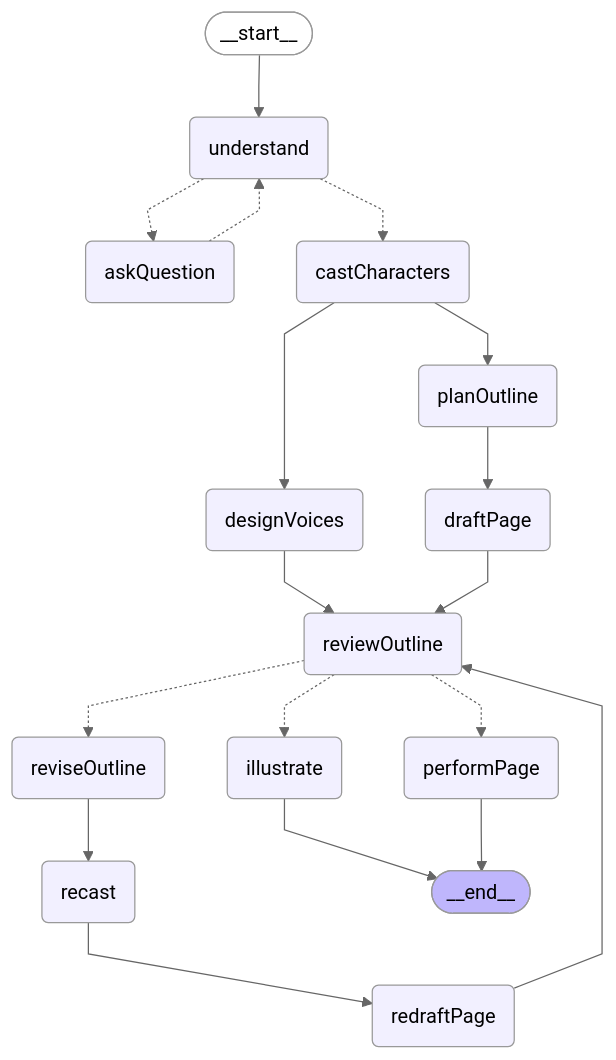
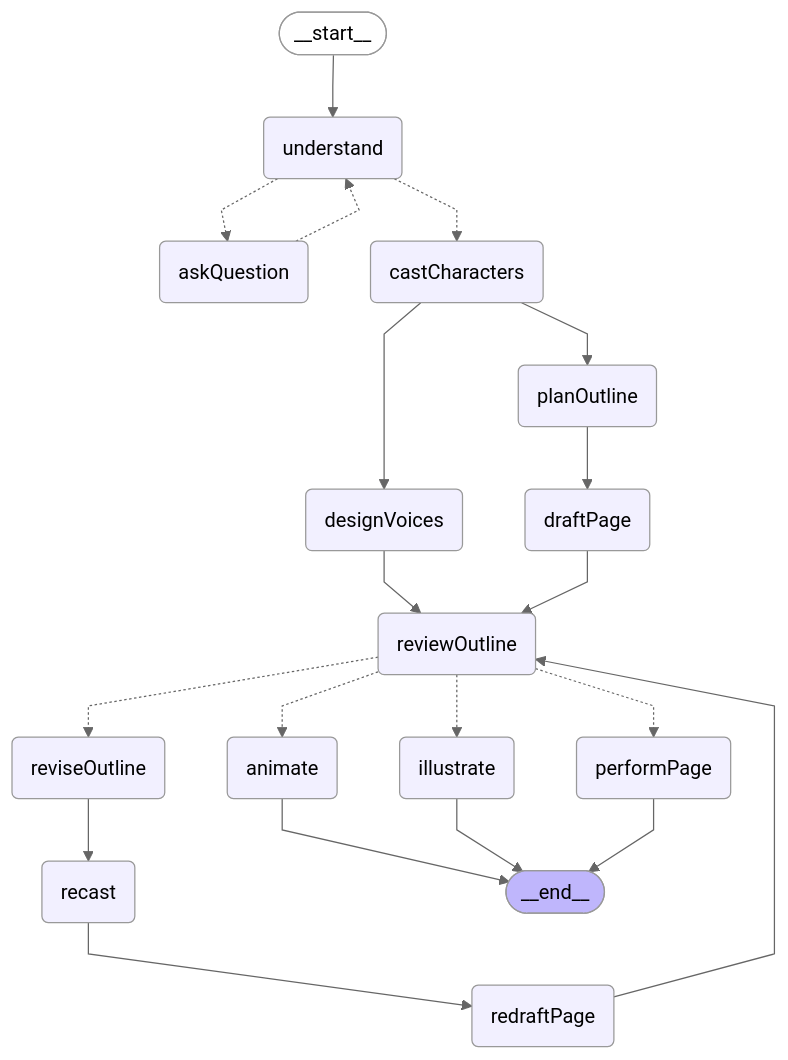
One commit to sattaman/giggle-stories changed the diagram in packages/app/dev/story-graph.mmd. Above: the diagram before and after it, drawn with Mermaid (neutral theme). The commit also changed 28 other files, not shown here.

```diff
--- a/packages/app/dev/story-graph.mmd
+++ b/packages/app/dev/story-graph.mmd
@@ -1,36 +1,39 @@
 %%{init: {'flowchart': {'curve': 'linear'}}}%%
 graph TD;
 	__start__([<p>__start__</p>]):::first
 	understand(understand)
 	askQuestion(askQuestion)
 	castCharacters(castCharacters)
 	designVoices(designVoices)
 	planOutline(planOutline)
 	draftPage(draftPage)
 	illustrate(illustrate)
+	animate(animate)
 	reviewOutline(reviewOutline)
 	reviseOutline(reviseOutline)
 	recast(recast)
 	redraftPage(redraftPage)
 	performPage(performPage)
 	__end__([<p>__end__</p>]):::last
 	__start__ --> understand;
+	animate --> __end__;
 	castCharacters --> designVoices;
 	castCharacters --> planOutline;
 	designVoices --> reviewOutline;
 	draftPage --> reviewOutline;
 	illustrate --> __end__;
 	performPage --> __end__;
 	planOutline --> draftPage;
 	recast --> redraftPage;
 	redraftPage --> reviewOutline;
 	reviseOutline --> recast;
 	understand -.-> castCharacters;
 	understand -.-> askQuestion;
 	askQuestion -.-> understand;
 	reviewOutline -.-> performPage;
 	reviewOutline -.-> illustrate;
+	reviewOutline -.-> animate;
 	reviewOutline -.-> reviseOutline;
 	classDef default fill:#f2f0ff,line-height:1.2;
 	classDef first fill-opacity:0;
 	classDef last fill:#bfb6fc;
```
